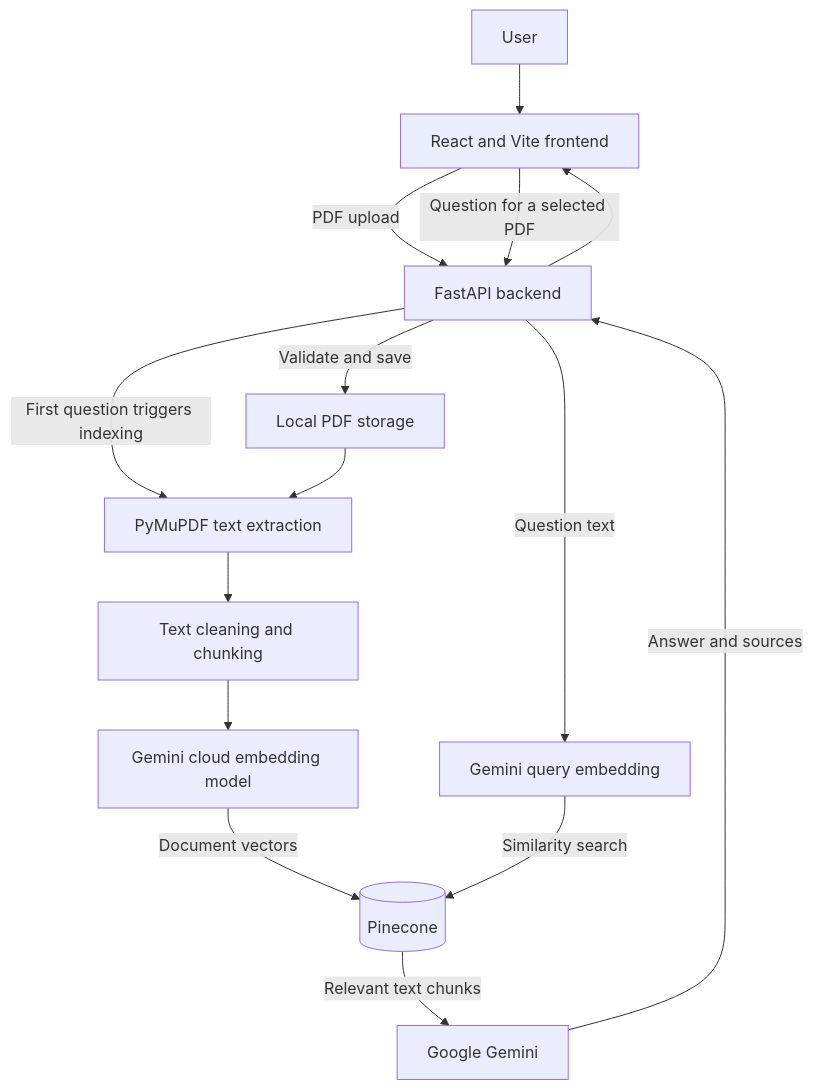
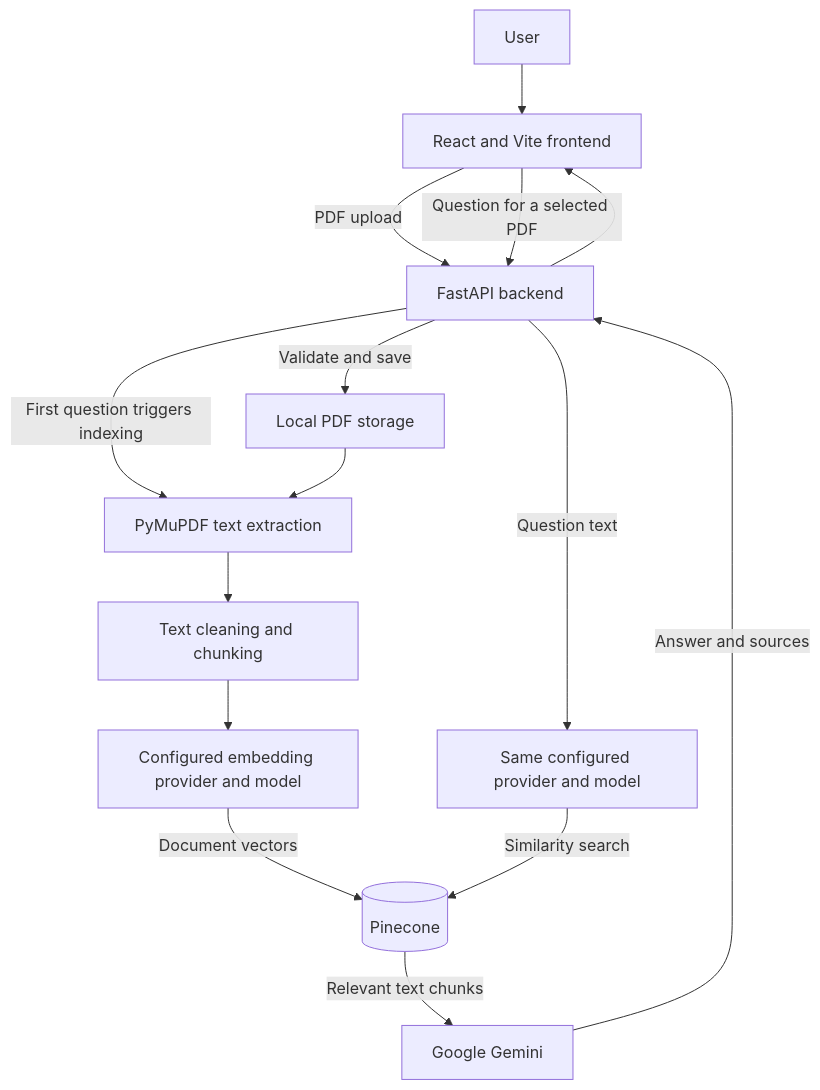
Before and after one commit to SamadhanEkad/OmniBrain: the diagram in README.md, drawn with Mermaid. The commit also changed other lines of this file, not shown here.

````diff
--- a/README.md
+++ b/README.md
@@ -29,17 +29,17 @@
 ```mermaid
 flowchart TD
     U[User] --> FE[React and Vite frontend]
     FE -->|PDF upload| API[FastAPI backend]
     API -->|Validate and save| PDF[Local PDF storage]
     FE -->|Question for a selected PDF| API
     API -->|First question triggers indexing| EX[PyMuPDF text extraction]
     PDF --> EX
     EX --> CH[Text cleaning and chunking]
-    CH --> EMB[Gemini cloud embedding model]
+    CH --> EMB[Configured embedding provider and model]
     EMB -->|Document vectors| DB[(Pinecone)]
-    API -->|Question text| QE[Gemini query embedding]
+    API -->|Question text| QE[Same configured provider and model]
     QE -->|Similarity search| DB
     DB -->|Relevant text chunks| GEN[Google Gemini]
     GEN -->|Answer and sources| API
     API --> FE
 ```
````
